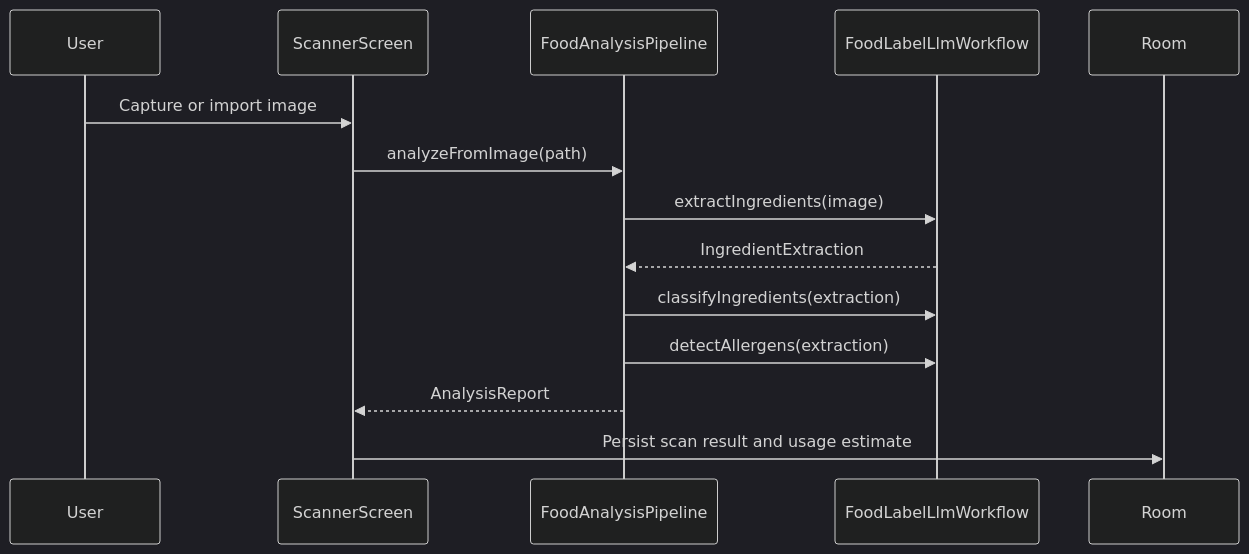
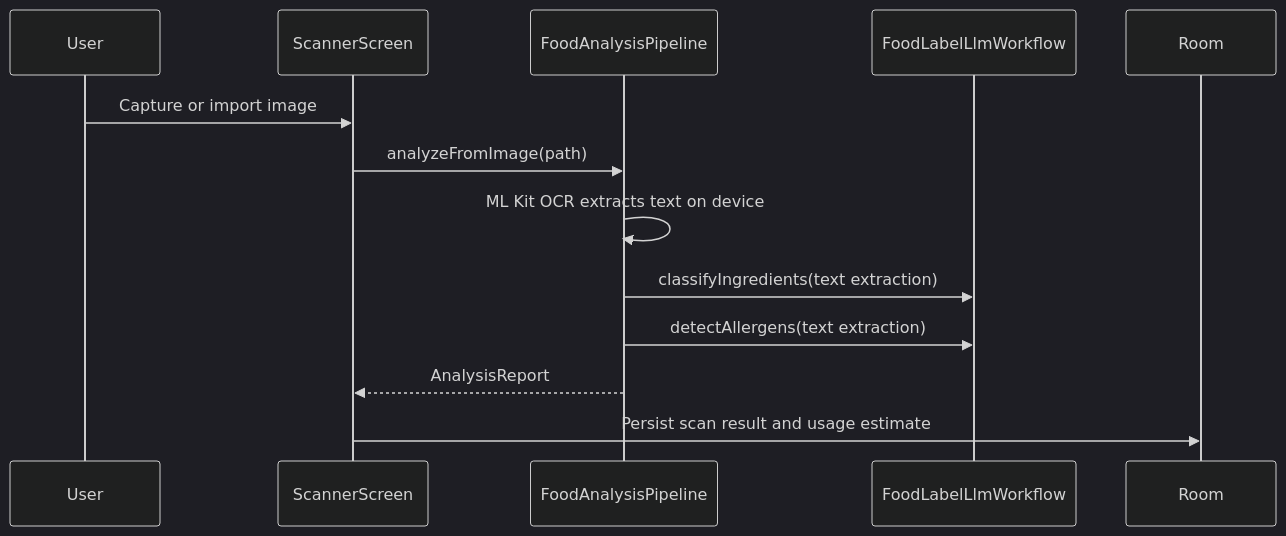
The third of 5 diagrams in documentation/01-architecture.md (benevolentbandwidth/ultraprocessed), drawn with Mermaid (dark theme) before and after one commit. The commit also changed other lines of this file and 40 other files, not shown here.

````diff
--- a/documentation/01-architecture.md
+++ b/documentation/01-architecture.md
@@ -52,17 +52,16 @@
 ```mermaid
 sequenceDiagram
     participant User
     participant Scanner as ScannerScreen
     participant Pipeline as FoodAnalysisPipeline
     participant LLM as FoodLabelLlmWorkflow
     participant Room
 
     User->>Scanner: Capture or import image
     Scanner->>Pipeline: analyzeFromImage(path)
-    Pipeline->>LLM: extractIngredients(image)
-    LLM-->>Pipeline: IngredientExtraction
-    Pipeline->>LLM: classifyIngredients(extraction)
-    Pipeline->>LLM: detectAllergens(extraction)
+    Pipeline->>Pipeline: ML Kit OCR extracts text on device
+    Pipeline->>LLM: classifyIngredients(text extraction)
+    Pipeline->>LLM: detectAllergens(text extraction)
     Pipeline-->>Scanner: AnalysisReport
     Scanner->>Room: Persist scan result and usage estimate
 ```
````
